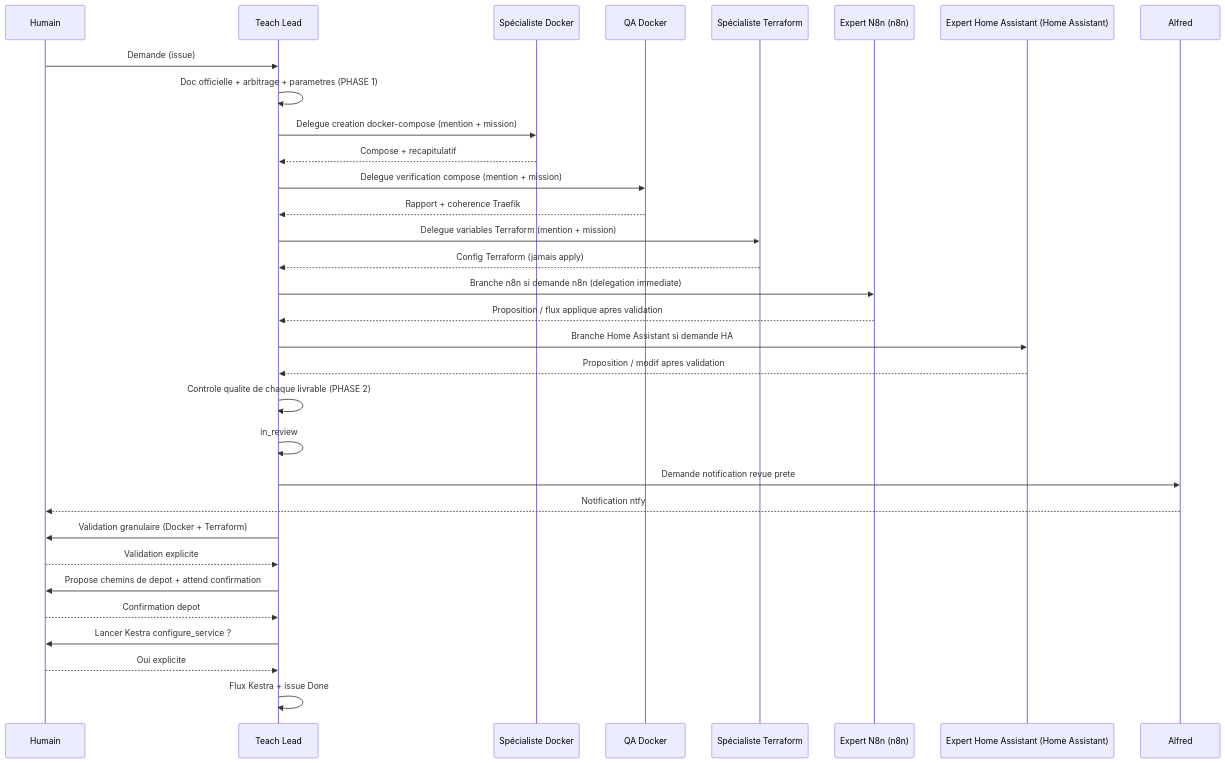
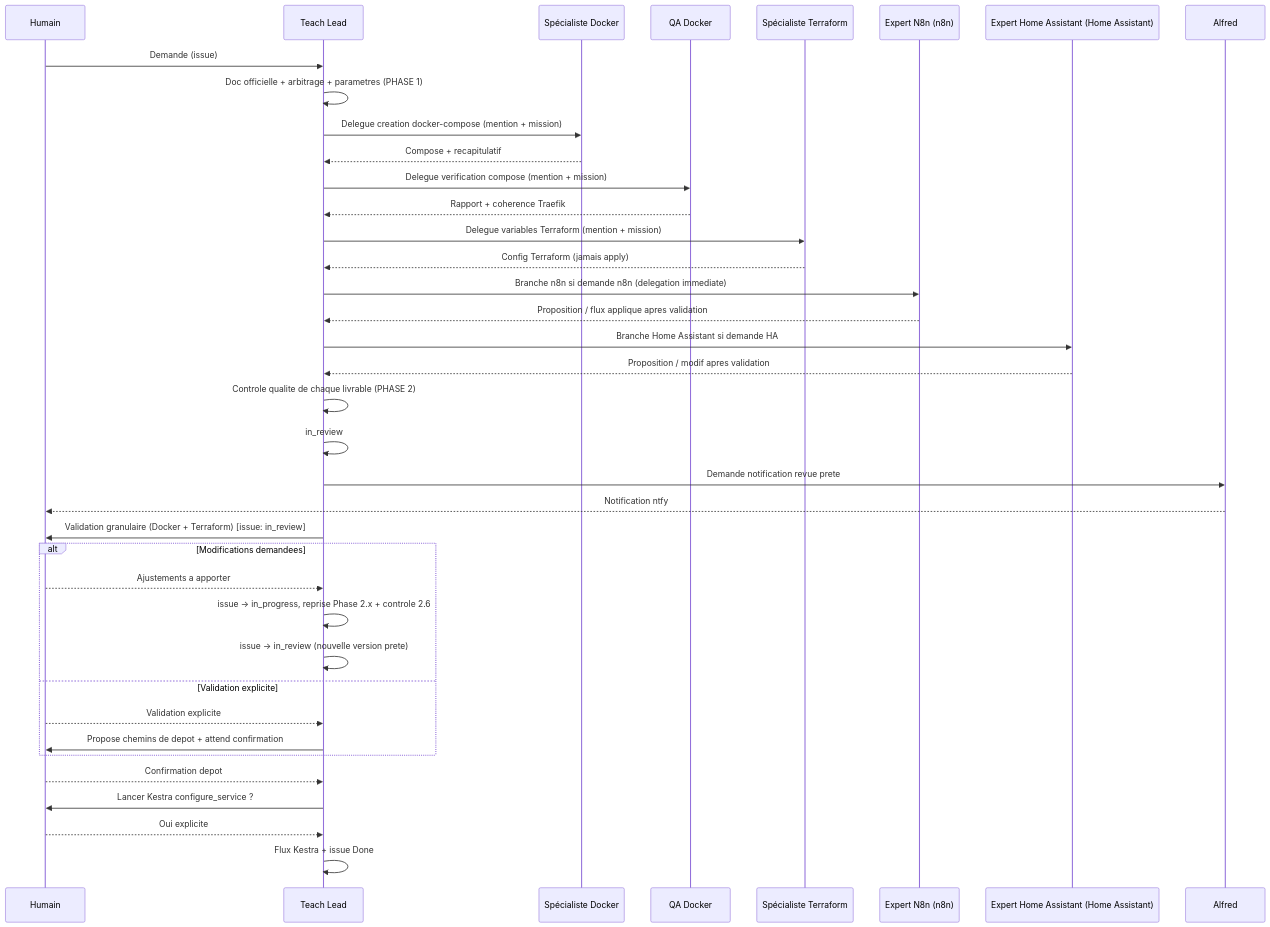
One commit to Gsyltc/homelab-portfolio changed the second of 2 diagrams in docs/homelab-workflow.md. Above: the diagram before and after it, drawn with Mermaid. The commit also changed other lines of this file, not shown here.

Commit message:
Correction du workflow - Passage de l'issue à TODO

````diff
--- a/docs/homelab-workflow.md
+++ b/docs/homelab-workflow.md
@@ -218,34 +221,40 @@
 ```mermaid
 sequenceDiagram
     participant H as Humain
     participant S as Teach Lead
     participant B as Spécialiste Docker
     participant K as QA Docker
     participant An as Spécialiste Terraform
     participant M as Expert N8n (n8n)
     participant Hu as Expert Home Assistant (Home Assistant)
     participant AL as Alfred
     H->>S: Demande (issue)
     S->>S: Doc officielle + arbitrage + parametres (PHASE 1)
     S->>B: Delegue creation docker-compose (mention + mission)
     B-->>S: Compose + recapitulatif
     S->>K: Delegue verification compose (mention + mission)
     K-->>S: Rapport + coherence Traefik
     S->>An: Delegue variables Terraform (mention + mission)
     An-->>S: Config Terraform (jamais apply)
     S->>M: Branche n8n si demande n8n (delegation immediate)
     M-->>S: Proposition / flux applique apres validation
     S->>Hu: Branche Home Assistant si demande HA
     Hu-->>S: Proposition / modif apres validation
     S->>S: Controle qualite de chaque livrable (PHASE 2)
     S->>S: in_review
     S->>AL: Demande notification revue prete
     AL-->>H: Notification ntfy
-    S->>H: Validation granulaire (Docker + Terraform)
-    H-->>S: Validation explicite
-    S->>H: Propose chemins de depot + attend confirmation
+    S->>H: Validation granulaire (Docker + Terraform) [issue: in_review]
+    alt Modifications demandees
+        H-->>S: Ajustements a apporter
+        S->>S: issue -> in_progress, reprise Phase 2.x + controle 2.6
+        S->>S: issue -> in_review (nouvelle version prete)
+    else Validation explicite
+        H-->>S: Validation explicite
+        S->>H: Propose chemins de depot + attend confirmation
+    end
     H-->>S: Confirmation depot
     S->>H: Lancer Kestra configure_service ?
     H-->>S: Oui explicite
     S->>S: Flux Kestra + issue Done
 ```
````
